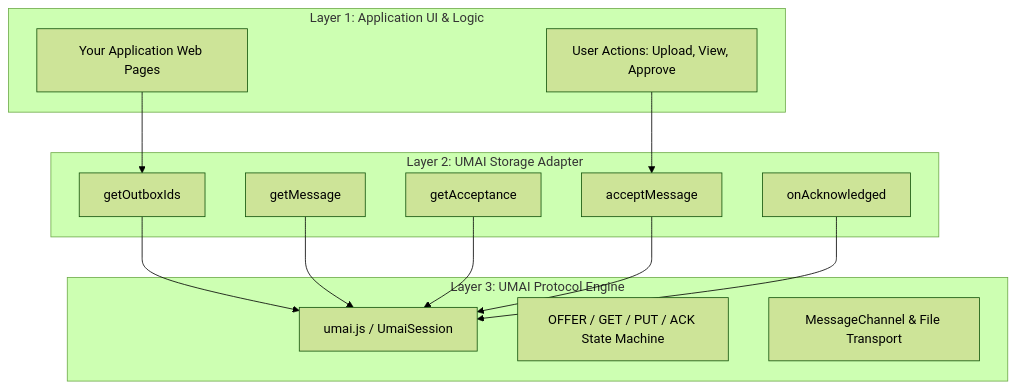
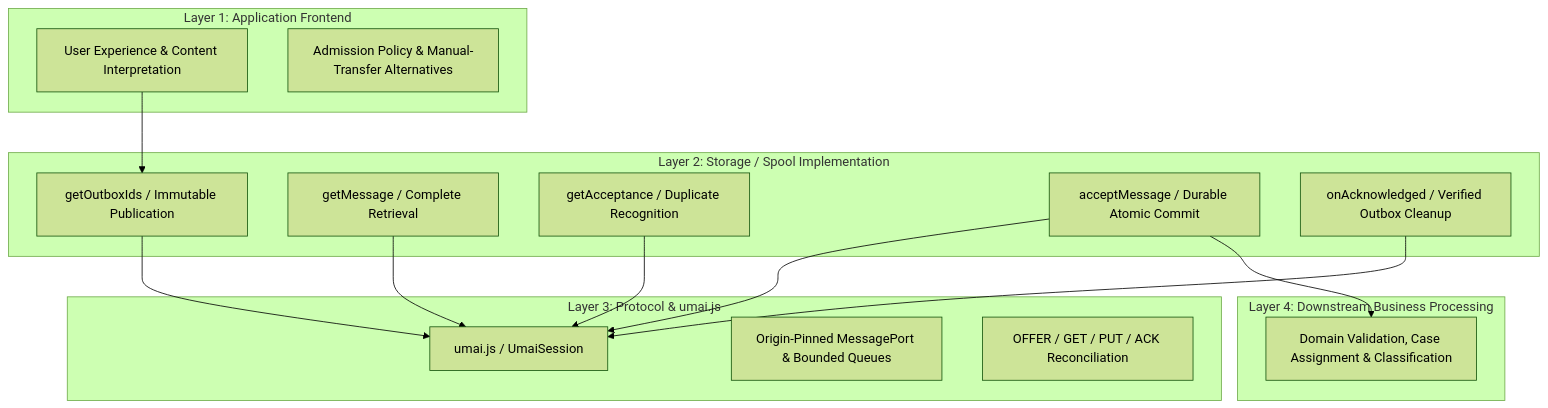
One commit to Ruebennase/UMAI changed the diagram in INTEGRATION_GUIDE.md. Above: the diagram before and after it, drawn with Mermaid (forest theme). The commit also changed other lines of this file and 3 other files, not shown here.

````diff
--- a/INTEGRATION_GUIDE.md
+++ b/INTEGRATION_GUIDE.md
@@ -57,29 +57,33 @@
 ```mermaid
 graph TD
-    subgraph Layer 1: Application UI & Logic
-        A1[Your Application Web Pages]
-        A2[User Actions: Upload, View, Approve]
+    subgraph Layer 1: Application Frontend
+        A1[User Experience & Content Interpretation]
+        A2[Admission Policy & Manual-Transfer Alternatives]
     end
 
-    subgraph Layer 2: UMAI Storage Adapter
-        B1[getOutboxIds]
-        B2[getMessage]
-        B3[getAcceptance]
-        B4[acceptMessage]
-        B5[onAcknowledged]
+    subgraph Layer 2: Storage / Spool Implementation
+        B1[getOutboxIds / Immutable Publication]
+        B2[getMessage / Complete Retrieval]
+        B3[getAcceptance / Duplicate Recognition]
+        B4[acceptMessage / Durable Atomic Commit]
+        B5[onAcknowledged / Verified Outbox Cleanup]
     end
 
-    subgraph Layer 3: UMAI Protocol Engine
+    subgraph Layer 3: Protocol & umai.js
         C1[umai.js / UmaiSession]
-        C2[OFFER / GET / PUT / ACK State Machine]
-        C3[MessageChannel & File Transport]
+        C2[Origin-Pinned MessagePort & Bounded Queues]
+        C3[OFFER / GET / PUT / ACK Reconciliation]
+    end
+
+    subgraph Layer 4: Downstream Business Processing
+        D1[Domain Validation, Case Assignment & Classification]
     end
 
     A1 --> B1
-    A2 --> B4
+    B4 --> D1
     B1 --> C1
     B2 --> C1
     B3 --> C1
     B4 --> C1
     B5 --> C1
 ```
````
